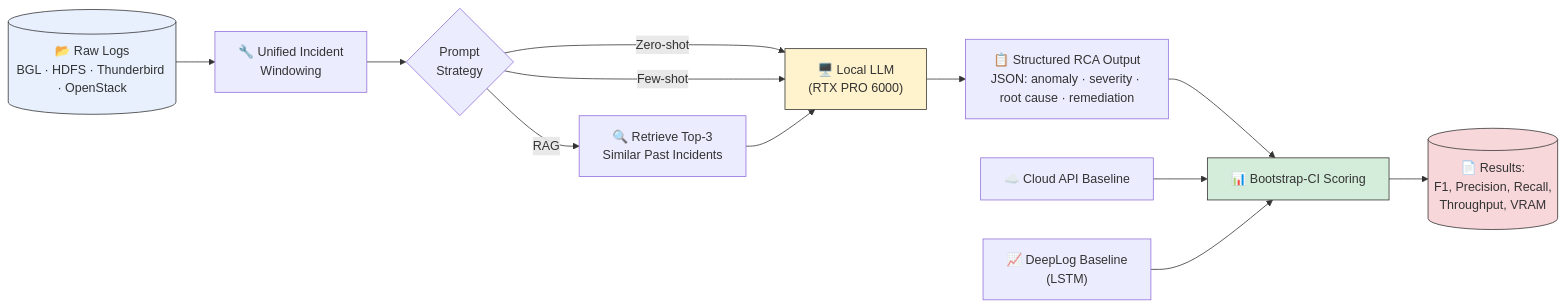
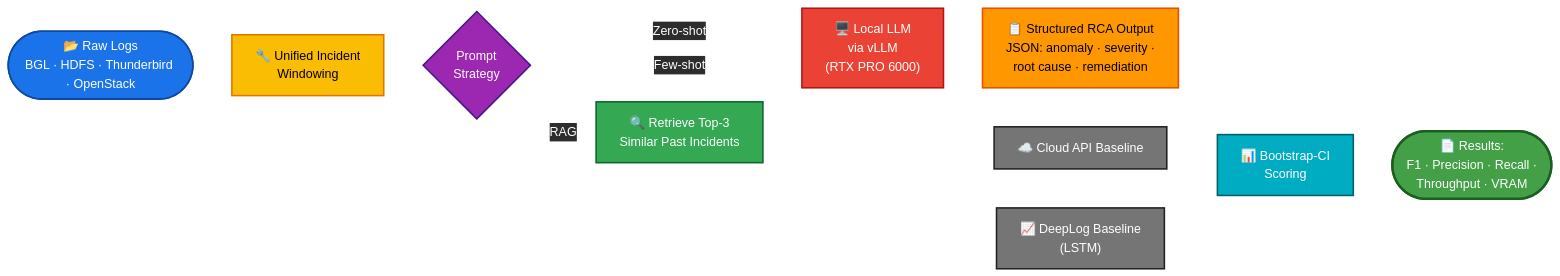
Before and after one commit to rpaut03l/tricalrag-llm-gpu-aiops: the first of 6 diagrams in README.md, drawn with Mermaid. The commit also changed other lines of this file, not shown here.

````diff
--- a/README.md
+++ b/README.md
@@ -49,18 +49,25 @@
 ```mermaid
+%%{init: {'theme': 'base', 'themeVariables': { 'lineColor': '#ffffff', 'edgeLabelBackground': '#2d2d2d', 'textColor': '#ffffff' }}}%%
 flowchart LR
-    A[("📂 Raw Logs<br/>BGL · HDFS · Thunderbird · OpenStack")] --> B["🔧 Unified Incident<br/>Windowing"]
-    B --> C{"Prompt<br/>Strategy"}
-    C -->|Zero-shot| D["Local LLM<br/>via vLLM"]
+    A(["📂 Raw Logs<br/>BGL · HDFS · Thunderbird · OpenStack"]):::input --> B["🔧 Unified Incident<br/>Windowing"]:::process
+    B --> C{"Prompt<br/>Strategy"}:::decision
+    C -->|Zero-shot| D["🖥️ Local LLM<br/>via vLLM<br/>(RTX PRO 6000)"]:::model
     C -->|Few-shot| D
-    C -->|RAG| E["🔍 Retrieve Top-3<br/>Similar Past Incidents"] --> D
-    D["🖥️ Local LLM<br/>(RTX PRO 6000)"] --> F["📋 Structured RCA Output<br/>JSON: anomaly · severity · root cause · remediation"]
-    F --> G["📊 Bootstrap-CI Scoring"]
-    H["☁️ Cloud API Baseline"] --> G
-    I["📈 DeepLog Baseline<br/>(LSTM)"] --> G
-    G --> J[("📄 Results:<br/>F1, Precision, Recall,<br/>Throughput, VRAM")]
+    C -->|RAG| E["🔍 Retrieve Top-3<br/>Similar Past Incidents"]:::retrieval --> D
+    D --> F["📋 Structured RCA Output<br/>JSON: anomaly · severity ·<br/>root cause · remediation"]:::output
+    F --> G["📊 Bootstrap-CI<br/>Scoring"]:::score
+    H["☁️ Cloud API Baseline"]:::baseline --> G
+    I["📈 DeepLog Baseline<br/>(LSTM)"]:::baseline --> G
+    G --> J(["📄 Results:<br/>F1 · Precision · Recall ·<br/>Throughput · VRAM"]):::result
 
-    style A fill:#e8f0fe,stroke:#333
-    style D fill:#fff3cd,stroke:#333
-    style G fill:#d4edda,stroke:#333
-    style J fill:#f8d7da,stroke:#333
+    classDef input fill:#1a73e8,stroke:#0d47a1,stroke-width:2px,color:#ffffff
+    classDef process fill:#fbbc04,stroke:#e37400,stroke-width:2px,color:#000000
+    classDef decision fill:#9c27b0,stroke:#4a148c,stroke-width:2px,color:#ffffff
+    classDef model fill:#ea4335,stroke:#b31412,stroke-width:2px,color:#ffffff
+    classDef retrieval fill:#34a853,stroke:#0d652d,stroke-width:2px,color:#ffffff
+    classDef output fill:#ff9800,stroke:#e65100,stroke-width:2px,color:#000000
+    classDef score fill:#00acc1,stroke:#006064,stroke-width:2px,color:#ffffff
+    classDef baseline fill:#757575,stroke:#212121,stroke-width:2px,color:#ffffff
+    classDef result fill:#43a047,stroke:#1b5e20,stroke-width:3px,color:#ffffff
+    linkStyle default stroke:#ffffff,stroke-width:2px,color:#ffffff
 ```
````
